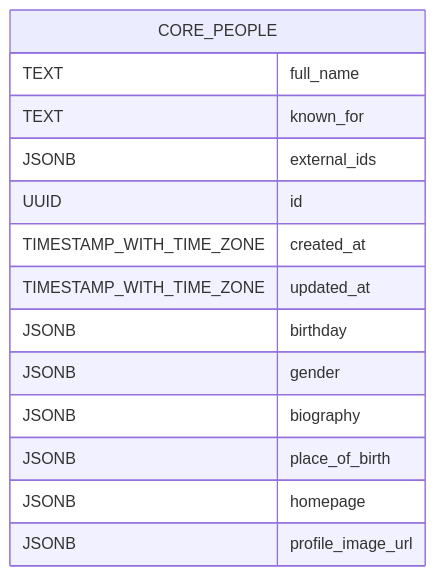
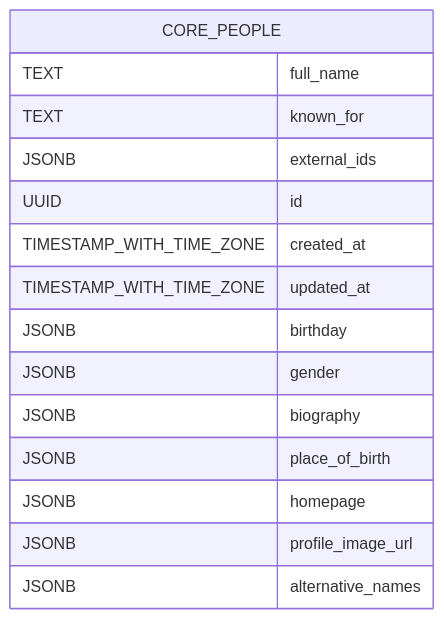
One commit to therealityreport/trr-backend changed the diagram in supabase/schema_docs/diagrams/core.people.mermaid.md. Above: the diagram before and after it, drawn with Mermaid. The commit also changed 24 other files, not shown here.

First line of the commit message:
fix: regenerate schema docs to match current migration state

````diff
--- a/supabase/schema_docs/diagrams/core.people.mermaid.md
+++ b/supabase/schema_docs/diagrams/core.people.mermaid.md
@@ -4,17 +4,18 @@
 ```mermaid
 erDiagram
     CORE_PEOPLE {
         TEXT full_name
         TEXT known_for
         JSONB external_ids
         UUID id
         TIMESTAMP_WITH_TIME_ZONE created_at
         TIMESTAMP_WITH_TIME_ZONE updated_at
         JSONB birthday
         JSONB gender
         JSONB biography
         JSONB place_of_birth
         JSONB homepage
         JSONB profile_image_url
+        JSONB alternative_names
     }
 ```
````
